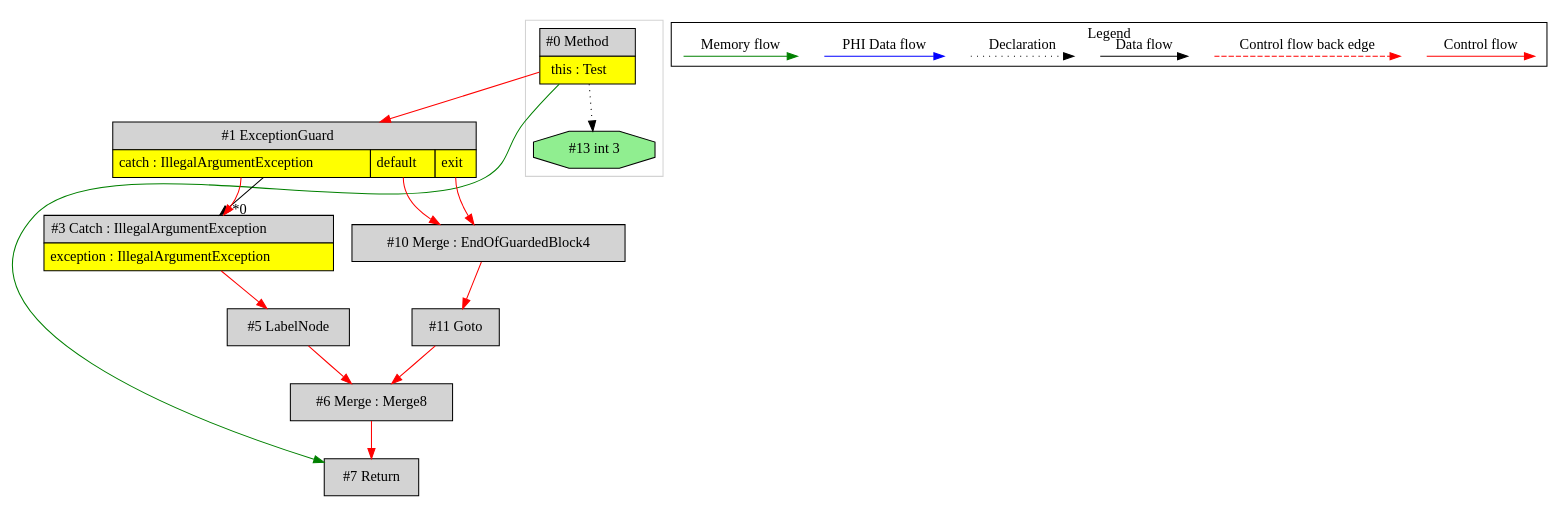
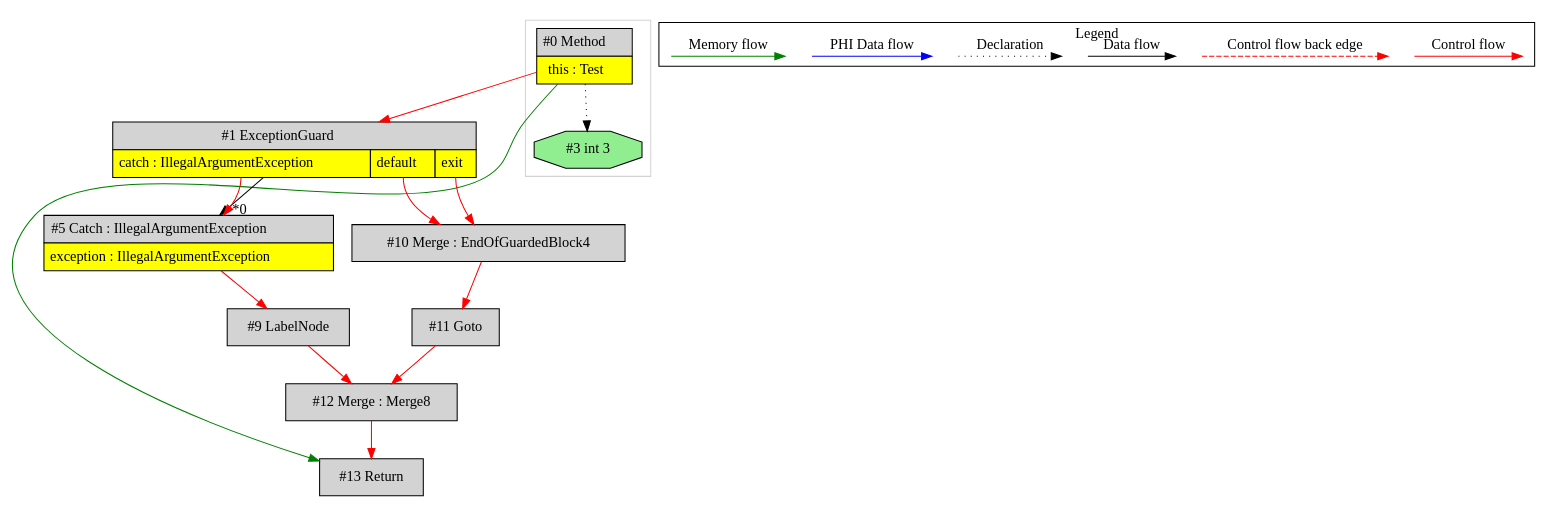
One commit to mirkosertic/MetaIR changed the diagram in de.mirkosertic.metair.ir.OpcodeTryCatchTest/test_SimpleCatch/ir.dot. Above: the diagram before and after it, drawn with Graphviz. The commit also changed 1282 other files, not shown here.

```diff
--- a/de.mirkosertic.metair.ir.OpcodeTryCatchTest/test_SimpleCatch/ir.dot
+++ b/de.mirkosertic.metair.ir.OpcodeTryCatchTest/test_SimpleCatch/ir.dot
@@ -1,55 +1,55 @@
 digraph {
  ordering="in";
- node0[margin="0", label=<<table border="0" cellborder="1" cellspacing="0" cellpadding="5"><tr><td colspan="1">#0 Method</td></tr><tr><td port="prj12" bgcolor="yellow">this : Test</td></tr></table>>,shape=none, fillcolor=lightgrey, style=filled];
- node7[label="#7 Return",shape=box, fillcolor=lightgrey, style=filled];
- node6 -> node7[labeldistance=2, color=red, fontcolor=red];
- node0 -> node7[labeldistance=2, color=green, constraint=false];
- node6[label="#6 Merge : Merge8",shape=box, fillcolor=lightgrey, style=filled];
- node11 -> node6[labeldistance=2, color=red, fontcolor=red];
- node5 -> node6[labeldistance=2, color=red, fontcolor=red];
- node5[label="#5 LabelNode",shape=box, fillcolor=lightgrey, style=filled];
- node3 -> node5[labeldistance=2, color=red, fontcolor=red];
- node3[margin="0", label=<<table border="0" cellborder="1" cellspacing="0" cellpadding="5"><tr><td colspan="1">#3 Catch : IllegalArgumentException</td></tr><tr><td port="prj4" bgcolor="yellow">exception : IllegalArgumentException</td></tr></table>>,shape=none, fillcolor=lightgrey, style=filled];
- node1 -> node3[headlabel="*0", labeldistance=2];
- node1:prj2 -> node3[labeldistance=2, color=red, fontcolor=red];
- node1[margin="0", label=<<table border="0" cellborder="1" cellspacing="0" cellpadding="5"><tr><td colspan="3">#1 ExceptionGuard</td></tr><tr><td port="prj2" bgcolor="yellow">catch : IllegalArgumentException</td><td port="prj8" bgcolor="yellow">default</td><td port="prj9" bgcolor="yellow">exit</td></tr></table>>,shape=none, fillcolor=lightgrey, style=filled];
+ node0[margin="0", label=<<table border="0" cellborder="1" cellspacing="0" cellpadding="5"><tr><td colspan="1">#0 Method</td></tr><tr><td port="prj2" bgcolor="yellow">this : Test</td></tr></table>>,shape=none, fillcolor=lightgrey, style=filled];
+ node13[label="#13 Return",shape=box, fillcolor=lightgrey, style=filled];
+ node12 -> node13[labeldistance=2, color=red, fontcolor=red];
+ node0 -> node13[labeldistance=2, color=green, constraint=false];
+ node12[label="#12 Merge : Merge8",shape=box, fillcolor=lightgrey, style=filled];
+ node11 -> node12[labeldistance=2, color=red, fontcolor=red];
+ node9 -> node12[labeldistance=2, color=red, fontcolor=red];
+ node9[label="#9 LabelNode",shape=box, fillcolor=lightgrey, style=filled];
+ node5 -> node9[labeldistance=2, color=red, fontcolor=red];
+ node5[margin="0", label=<<table border="0" cellborder="1" cellspacing="0" cellpadding="5"><tr><td colspan="1">#5 Catch : IllegalArgumentException</td></tr><tr><td port="prj8" bgcolor="yellow">exception : IllegalArgumentException</td></tr></table>>,shape=none, fillcolor=lightgrey, style=filled];
+ node1 -> node5[headlabel="*0", labeldistance=2];
+ node1:prj4 -> node5[labeldistance=2, color=red, fontcolor=red];
+ node1[margin="0", label=<<table border="0" cellborder="1" cellspacing="0" cellpadding="5"><tr><td colspan="3">#1 ExceptionGuard</td></tr><tr><td port="prj4" bgcolor="yellow">catch : IllegalArgumentException</td><td port="prj7" bgcolor="yellow">default</td><td port="prj6" bgcolor="yellow">exit</td></tr></table>>,shape=none, fillcolor=lightgrey, style=filled];
  node0 -> node1[labeldistance=2, color=red, fontcolor=red];
  node10[label="#10 Merge : EndOfGuardedBlock4",shape=box, fillcolor=lightgrey, style=filled];
- node1:prj8 -> node10[labeldistance=2, color=red, fontcolor=red];
- node1:prj9 -> node10[labeldistance=2, color=red, fontcolor=red];
+ node1:prj7 -> node10[labeldistance=2, color=red, fontcolor=red];
+ node1:prj6 -> node10[labeldistance=2, color=red, fontcolor=red];
  node11[label="#11 Goto",shape=box, fillcolor=lightgrey, style=filled];
  node10 -> node11[labeldistance=2, color=red, fontcolor=red];
- node13[label="#13 int 3",shape=octagon, fillcolor=lightgreen, style=filled];
- node0 -> node13[style=dotted];
+ node3[label="#3 int 3",shape=octagon, fillcolor=lightgreen, style=filled];
+ node0 -> node3[style=dotted];
  subgraph cluster_0 {
   color=lightgray;
   node0;
-  node13;
+  node3;
  }
  subgraph cluster_000 {
   label = "Legend";
   node [shape=point]
   {
    rank=same;
    c0 [style = invis];
    c1 [style = invis];
    c2 [style = invis];
    c3 [style = invis];
    d0 [style = invis];
    d1 [style = invis];
    d2 [style = invis];
    d3 [style = invis];
    d4 [style = invis];
    d5 [style = invis];
    d6 [style = invis];
    d7 [style = invis];
   }
   c0 -> c1 [label="Control flow", style=solid, color=red]
   c2 -> c3 [label="Control flow back edge", style=dashed, color=red]
   d0 -> d1 [label="Data flow"]
   d2 -> d3 [label="Declaration", style=dotted]
   d4 -> d5 [label="PHI Data flow", color=blue]
   d6 -> d7 [label="Memory flow", color=green]
  }
 
 }
```
